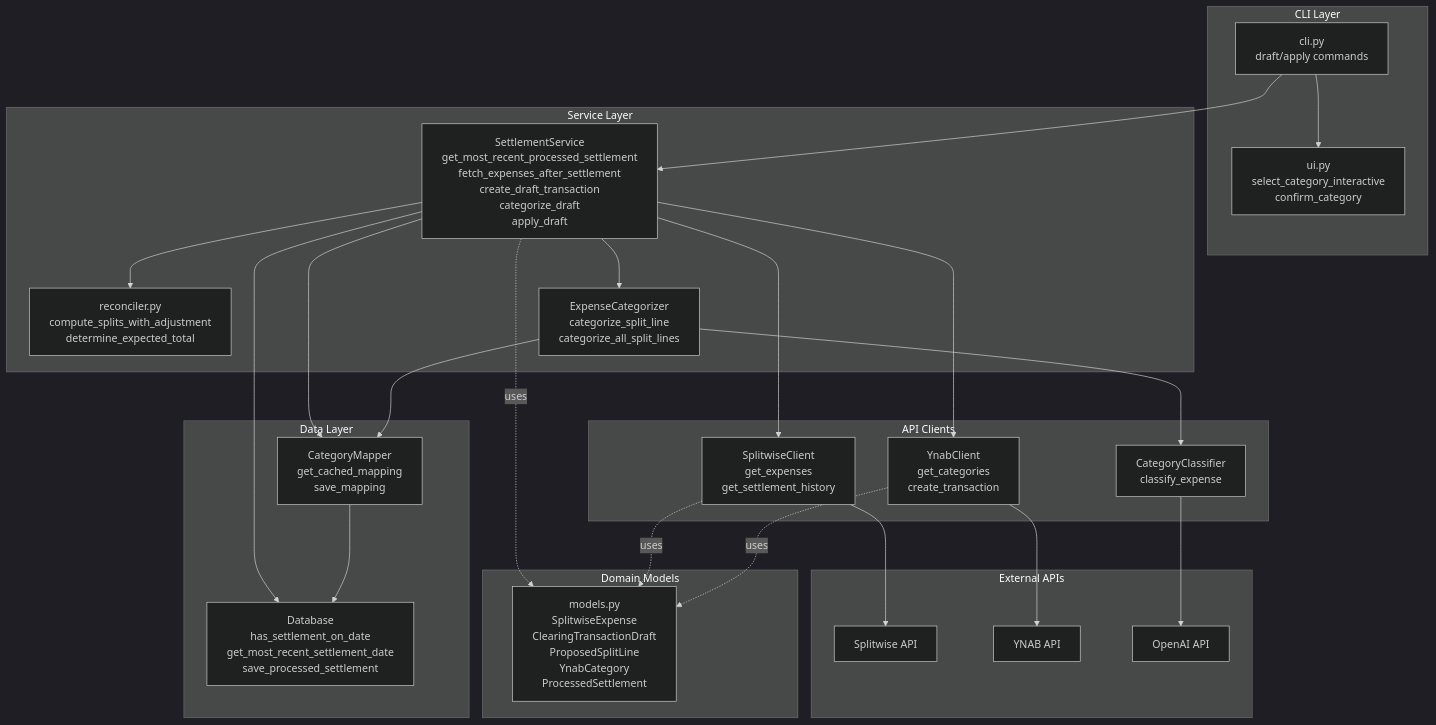
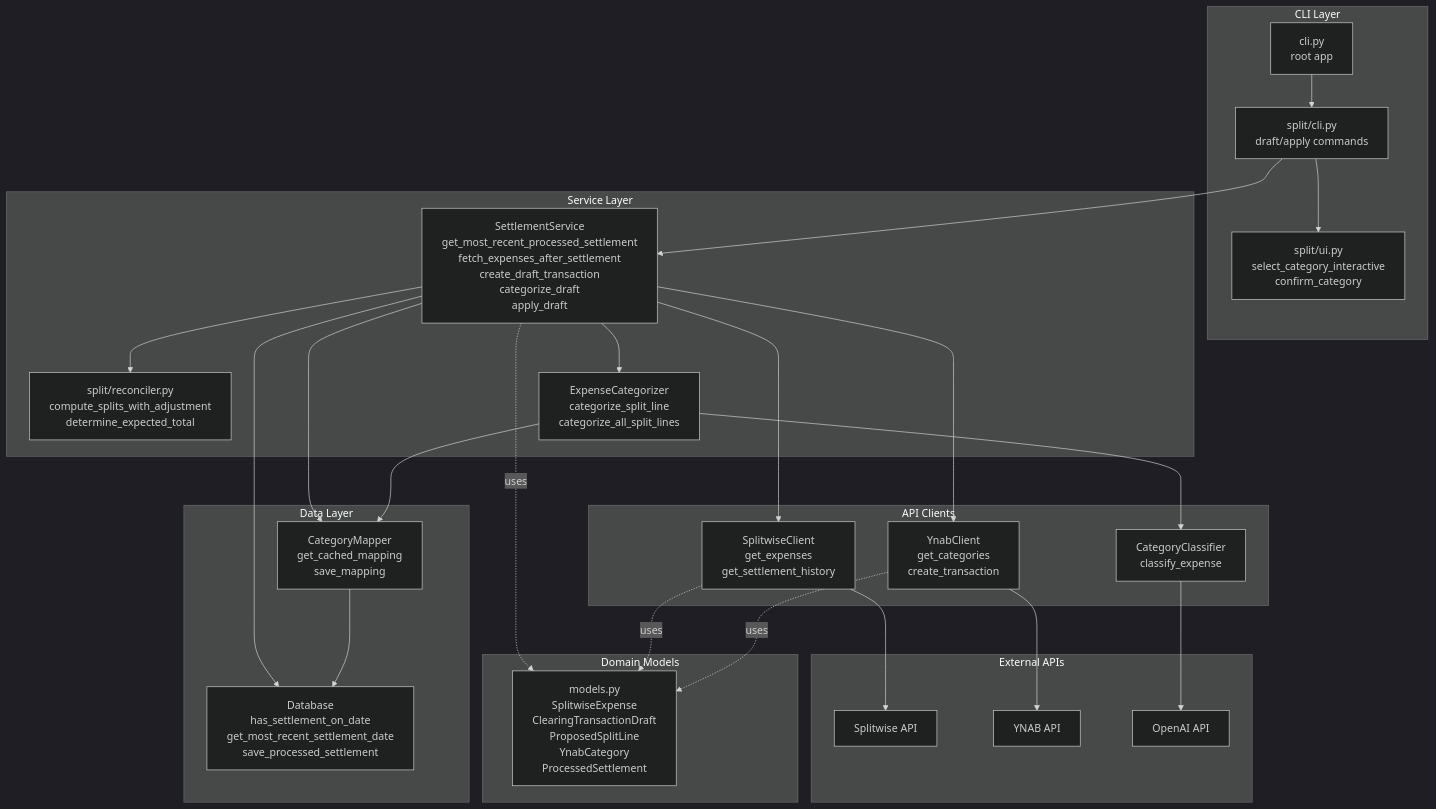
One commit to codyjk/YnabSplit changed the first of 2 diagrams in README.md. Above: the diagram before and after it, drawn with Mermaid (dark theme). The commit also changed other lines of this file and 25 other files, not shown here.

First line of the commit message:
Restructure from ynab-split to ynab-tools multi-tool CLI

````diff
--- a/README.md
+++ b/README.md
@@ -107,52 +115,54 @@
 ```mermaid
 graph TB
     subgraph "CLI Layer"
-        CLI[cli.py<br/>draft/apply commands]
-        UI[ui.py<br/>select_category_interactive<br/>confirm_category]
+        CLI[cli.py<br/>root app]
+        SplitCLI[split/cli.py<br/>draft/apply commands]
+        UI[split/ui.py<br/>select_category_interactive<br/>confirm_category]
     end
 
     subgraph "Service Layer"
         Service[SettlementService<br/>get_most_recent_processed_settlement<br/>fetch_expenses_after_settlement<br/>create_draft_transaction<br/>categorize_draft<br/>apply_draft]
-        Reconciler[reconciler.py<br/>compute_splits_with_adjustment<br/>determine_expected_total]
+        Reconciler[split/reconciler.py<br/>compute_splits_with_adjustment<br/>determine_expected_total]
         Categorizer[ExpenseCategorizer<br/>categorize_split_line<br/>categorize_all_split_lines]
     end
 
     subgraph "Data Layer"
         Mapper[CategoryMapper<br/>get_cached_mapping<br/>save_mapping]
         DB[Database<br/>has_settlement_on_date<br/>get_most_recent_settlement_date<br/>save_processed_settlement]
     end
 
     subgraph "External APIs"
         SplitwiseAPI[Splitwise API]
         YNABAPI[YNAB API]
         OpenAIAPI[OpenAI API]
     end
 
     subgraph "API Clients"
         SplitwiseClient[SplitwiseClient<br/>get_expenses<br/>get_settlement_history]
         YnabClient[YnabClient<br/>get_categories<br/>create_transaction]
         Classifier[CategoryClassifier<br/>classify_expense]
     end
 
     subgraph "Domain Models"
         Models[models.py<br/>SplitwiseExpense<br/>ClearingTransactionDraft<br/>ProposedSplitLine<br/>YnabCategory<br/>ProcessedSettlement]
     end
 
-    CLI --> Service
-    CLI --> UI
+    CLI --> SplitCLI
+    SplitCLI --> Service
+    SplitCLI --> UI
     Service --> SplitwiseClient
     Service --> YnabClient
     Service --> Categorizer
     Service --> Reconciler
     Service --> Mapper
     Service --> DB
     Categorizer --> Mapper
     Categorizer --> Classifier
     SplitwiseClient --> SplitwiseAPI
     YnabClient --> YNABAPI
     Classifier --> OpenAIAPI
     Mapper --> DB
     Service -.uses.-> Models
     SplitwiseClient -.uses.-> Models
     YnabClient -.uses.-> Models
 ```
````
